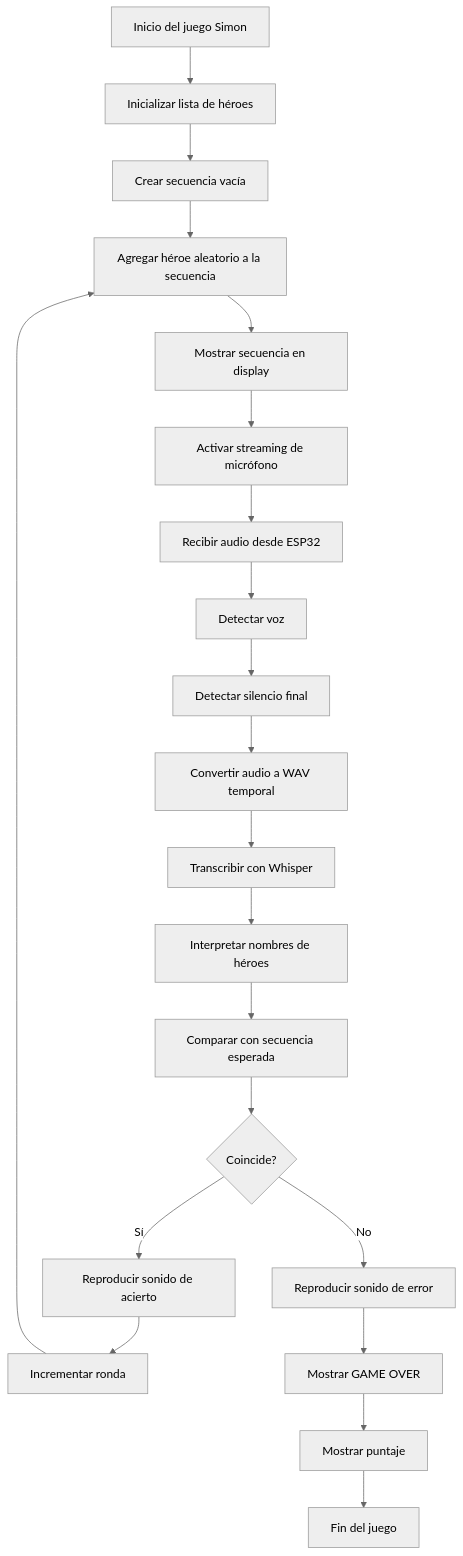
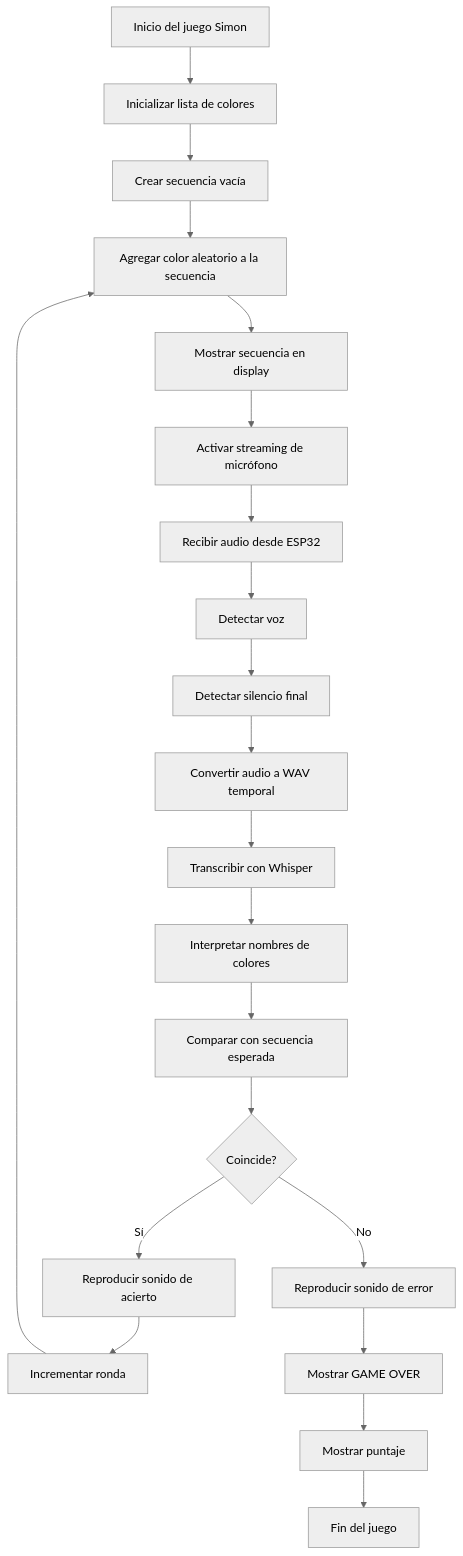
One commit to JGG07/poke-simon changed the second of 5 diagrams in README.md. Above: the diagram before and after it, drawn with Mermaid (neutral theme). The commit also changed other lines of this file and 6 other files, not shown here.

Commit message:
Mejora reconocimiento y cambia Simon a colores

````diff
--- a/README.md
+++ b/README.md
@@ -248,25 +313,25 @@
 ```mermaid
 flowchart TD
-    A[Inicio del juego Simon] --> B[Inicializar lista de héroes]
+    A[Inicio del juego Simon] --> B[Inicializar lista de colores]
     B --> C[Crear secuencia vacía]
-    C --> D[Agregar héroe aleatorio a la secuencia]
+    C --> D[Agregar color aleatorio a la secuencia]
     D --> E[Mostrar secuencia en display]
     E --> F[Activar streaming de micrófono]
     F --> G[Recibir audio desde ESP32]
     G --> H[Detectar voz]
     H --> I[Detectar silencio final]
     I --> J[Convertir audio a WAV temporal]
     J --> K[Transcribir con Whisper]
-    K --> L[Interpretar nombres de héroes]
+    K --> L[Interpretar nombres de colores]
     L --> M[Comparar con secuencia esperada]
     M --> N{Coincide?}
 
     N -->|Sí| O[Reproducir sonido de acierto]
     O --> P[Incrementar ronda]
     P --> D
 
     N -->|No| Q[Reproducir sonido de error]
     Q --> R[Mostrar GAME OVER]
     R --> S[Mostrar puntaje]
     S --> T[Fin del juego]
 ```
````
